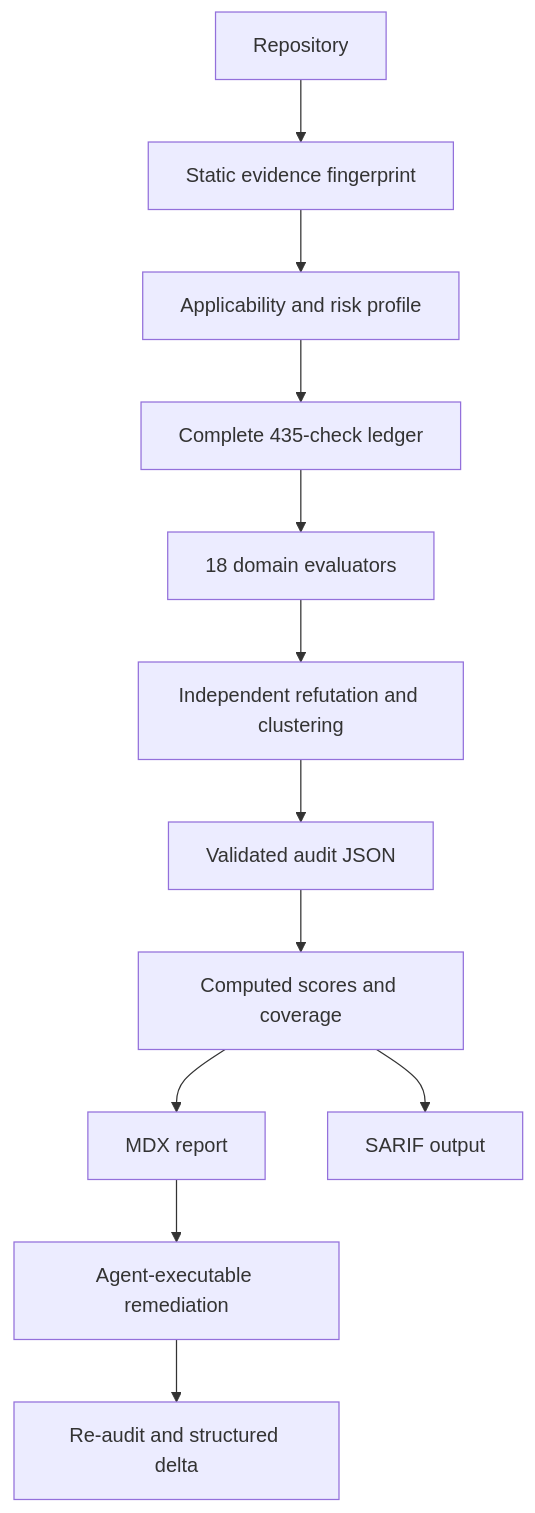
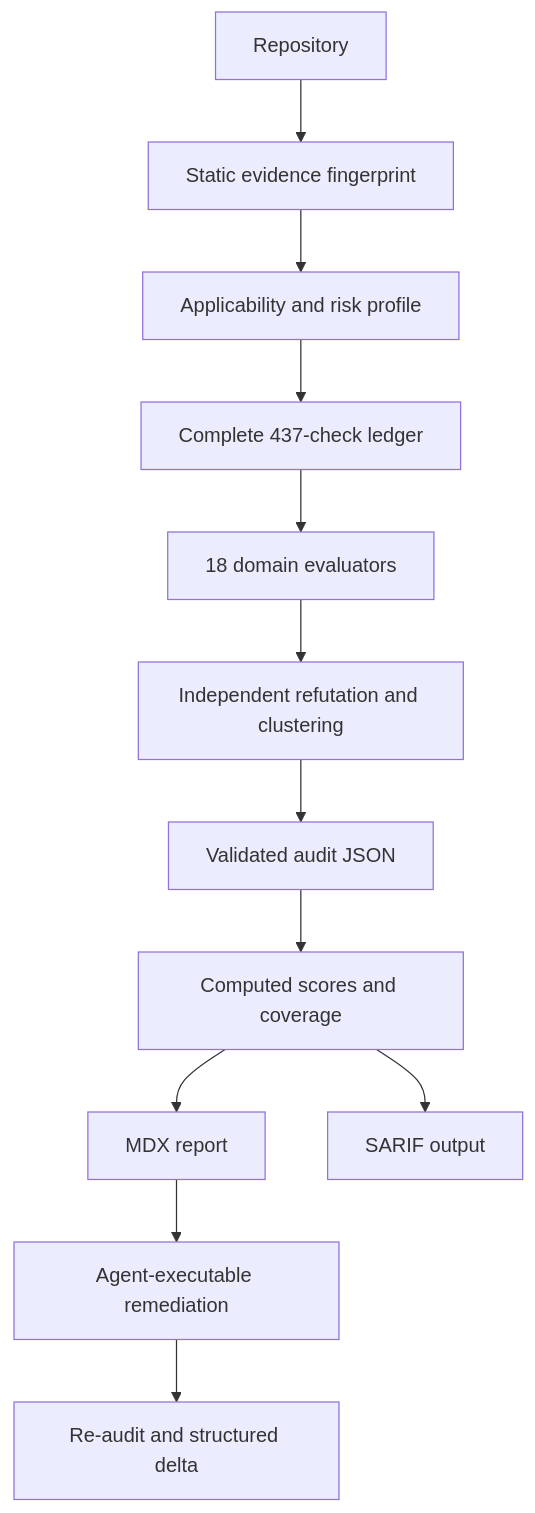
Before and after one commit to hannsxpeter/godaudits: the diagram in README.md, drawn with Mermaid. The commit also changed other lines of this file and 13 other files, not shown here.

````diff
--- a/README.md
+++ b/README.md
@@ -109,14 +109,14 @@
 ```mermaid
 flowchart TD
   A[Repository] --> B[Static evidence fingerprint]
   B --> C[Applicability and risk profile]
-  C --> D[Complete 435-check ledger]
+  C --> D[Complete 437-check ledger]
   D --> E[18 domain evaluators]
   E --> F[Independent refutation and clustering]
   F --> G[Validated audit JSON]
   G --> H[Computed scores and coverage]
   H --> I[MDX report]
   H --> J[SARIF output]
   I --> K[Agent-executable remediation]
   K --> L[Re-audit and structured delta]
 ```
````
